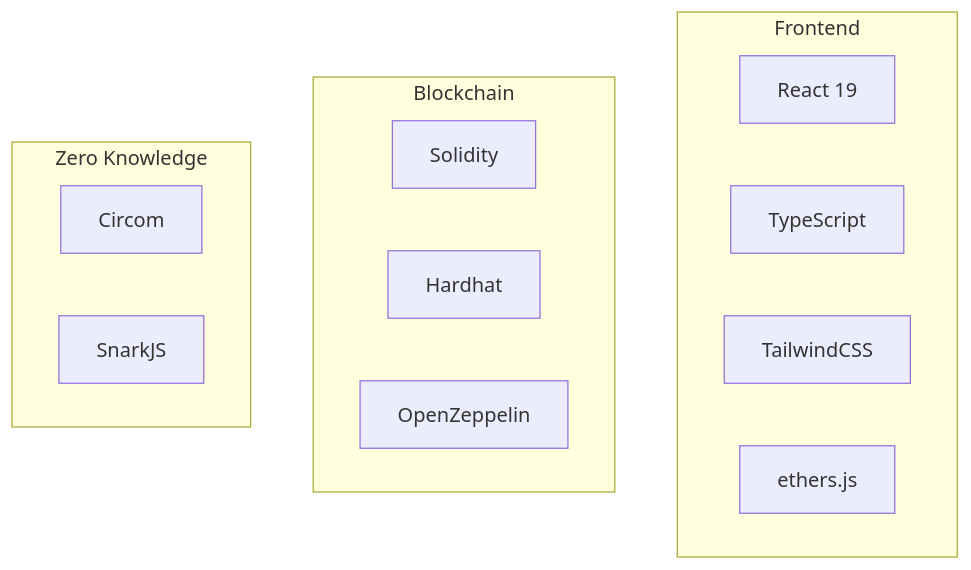
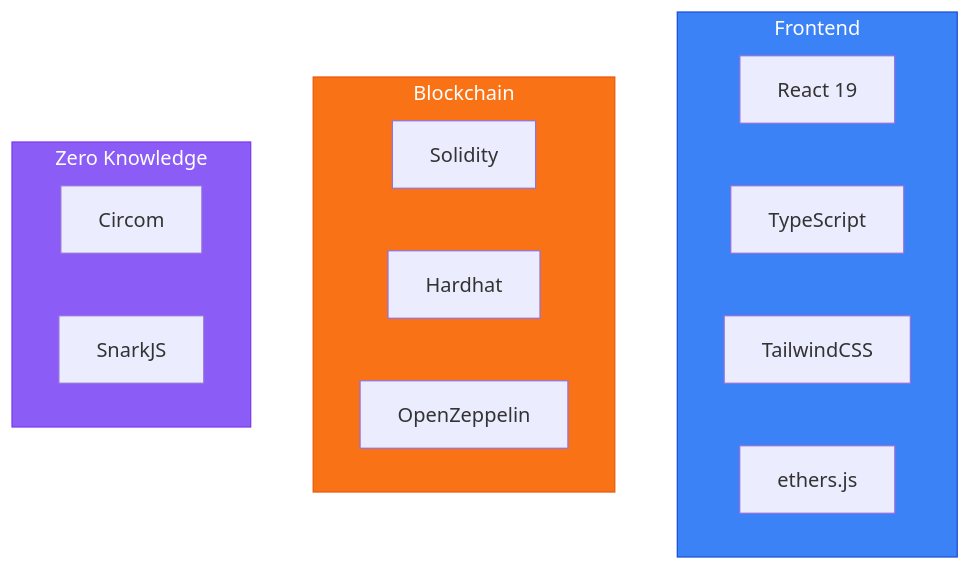
The ninth of 10 diagrams in Archiecture.md (yashodipmore/VeriChain-Identity-Protocol), drawn with Mermaid before and after one commit. The commit also changed other lines of this file, not shown here.

````diff
--- a/Archiecture.md
+++ b/Archiecture.md
@@ -154,20 +187,24 @@
 ```mermaid
 flowchart TB
     subgraph FRONTEND[Frontend]
         A[React 19]
         B[TypeScript]
         C[TailwindCSS]
         D[ethers.js]
     end
 
     subgraph BLOCKCHAIN[Blockchain]
         E[Solidity]
         F[Hardhat]
         G[OpenZeppelin]
     end
 
     subgraph ZK[Zero Knowledge]
         H[Circom]
         I[SnarkJS]
     end
+
+    style FRONTEND fill:#3b82f6,stroke:#1d4ed8,color:#fff
+    style BLOCKCHAIN fill:#f97316,stroke:#ea580c,color:#fff
+    style ZK fill:#8b5cf6,stroke:#7c3aed,color:#fff
 ```
````
